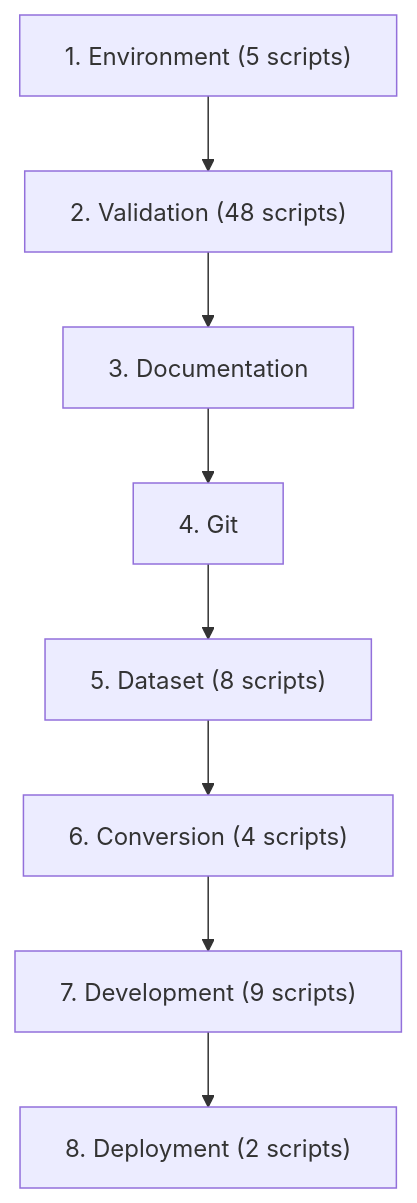
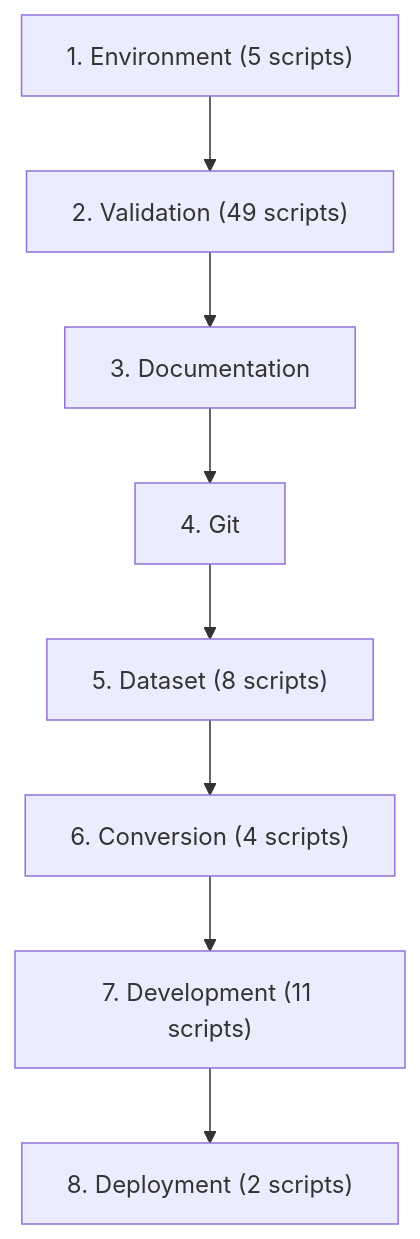
The second of 3 diagrams in scripts/README.md (chanuka8/argus-gait-recognition), drawn with Mermaid before and after one commit. The commit also changed other lines of this file and 22 other files, not shown here.

````diff
--- a/scripts/README.md
+++ b/scripts/README.md
@@ -983,18 +995,18 @@
 ```mermaid
 flowchart TD
     step1["1. Environment (5 scripts)"]
-    step2["2. Validation (48 scripts)"]
+    step2["2. Validation (49 scripts)"]
     step1 --> step2
     step3["3. Documentation"]
     step2 --> step3
     step4["4. Git"]
     step3 --> step4
     step5["5. Dataset (8 scripts)"]
     step4 --> step5
     step6["6. Conversion (4 scripts)"]
     step5 --> step6
-    step7["7. Development (9 scripts)"]
+    step7["7. Development (11 scripts)"]
     step6 --> step7
     step8["8. Deployment (2 scripts)"]
     step7 --> step8
 ```
````
